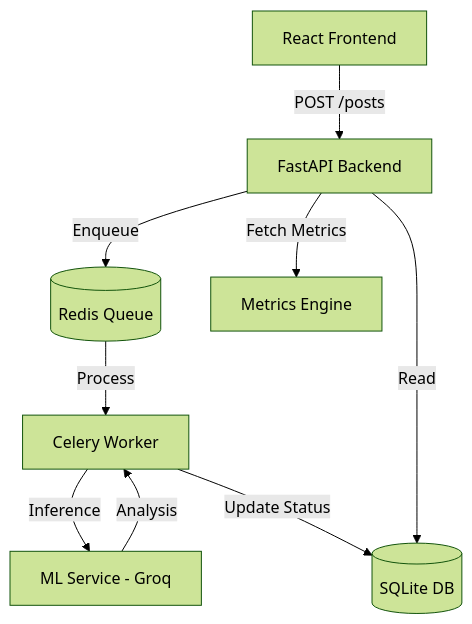
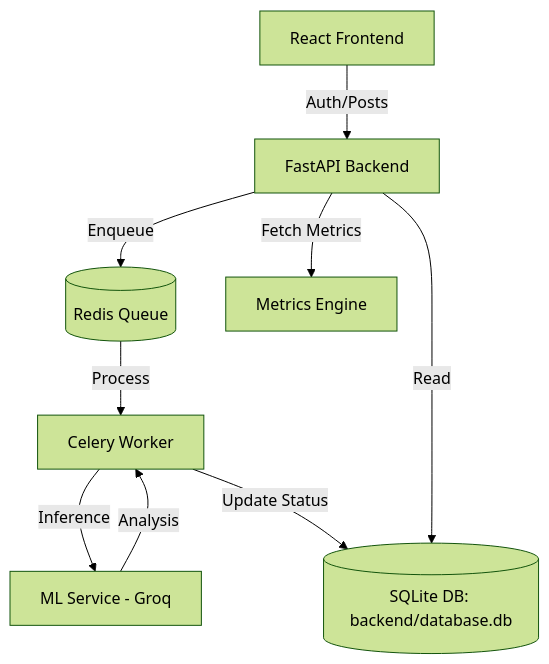
Before and after one commit to yhimanshu22/safegaurd_ai: the diagram in README.md, drawn with Mermaid (forest theme). The commit also changed other lines of this file and 5 other files, not shown here.

````diff
--- a/README.md
+++ b/README.md
@@ -9,11 +9,11 @@
 ```mermaid
 graph TD
-    Client[React Frontend] -->|POST /posts| Backend[FastAPI Backend]
+    Client[React Frontend] -->|Auth/Posts| Backend[FastAPI Backend]
     Backend -->|Enqueue| Redis[(Redis Queue)]
     Redis -->|Process| Worker[Celery Worker]
     Worker -->|Inference| ML[ML Service - Groq]
     ML -->|Analysis| Worker
-    Worker -->|Update Status| DB[(SQLite DB)]
+    Worker -->|Update Status| DB[(SQLite DB: backend/database.db)]
     Backend -->|Read| DB
     Backend -->|Fetch Metrics| Metrics[Metrics Engine]
 ```
````
